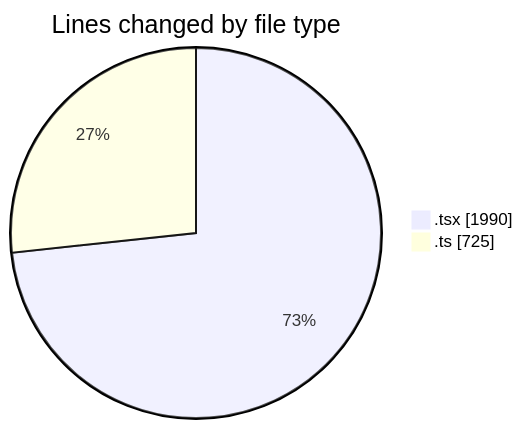
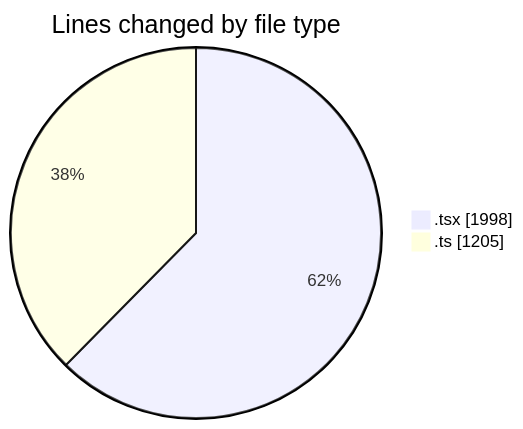
One commit to nxtqubesakshisongat/code-tracking changed the first of 2 diagrams in 2026-02-18/nxtqube_webapp/README.md. Above: the diagram before and after it, drawn with Mermaid. The commit also changed other lines of this file and 1 other file, not shown here.

````diff
--- a/2026-02-18/nxtqube_webapp/README.md
+++ b/2026-02-18/nxtqube_webapp/README.md
@@ -25,6 +26,6 @@
 ```mermaid
 pie showData
 title Lines changed by file type
-".tsx" : 1990
-".ts" : 725
+".tsx" : 1998
+".ts" : 1205
 ```
````
